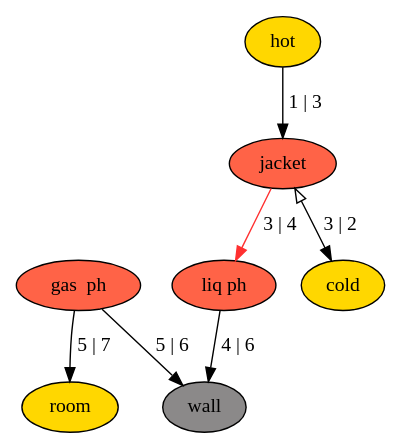
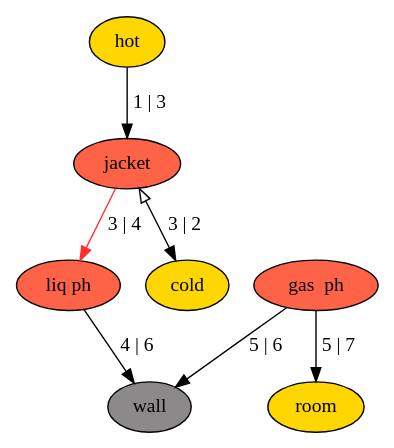
The diagram in OntoSim/GraphIndexTest/DOT/test.dot (ATElve/OntoSim), drawn with Graphviz before and after one commit. The commit also changed 6 other files, not shown here.

```diff
--- a/OntoSim/GraphIndexTest/DOT/test.dot
+++ b/OntoSim/GraphIndexTest/DOT/test.dot
@@ -1,21 +1,21 @@
 ###############################################################################
 #	 Purpose: Dot graph for equation tree                                       #
 #	 Author:  Arne Tobias Elve                                                  #
-#	 When:    2017-08-07 17:42:05                                               #
+#	 When:    2017-08-08 17:09:01                                               #
 #	 Why:     Output to dot language                                            #
 ###############################################################################
 digraph G {
+5 [style = filled, label = "wall" fillcolor = Snow4];
 6 [style = filled, label = "liq ph" fillcolor = Tomato];
+4 [style = filled, label = "gas  ph" fillcolor = Tomato];
+7 [style = filled, label = "cold" fillcolor = Gold1];
+9 [style = filled, label = "hot" fillcolor = Gold1];
 8 [style = filled, label = "jacket" fillcolor = Tomato];
-9 [style = filled, label = "hot" fillcolor = Gold1];
 1 [style = filled, label = "room" fillcolor = Gold1];
-7 [style = filled, label = "cold" fillcolor = Gold1];
-4 [style = filled, label = "gas  ph" fillcolor = Tomato];
-5 [style = filled, label = "wall" fillcolor = Snow4];
+6 -> 5 [label = "4 | 6", arrowhead = normal, color = Black];
+8 -> 7 [label = "3 | 2", arrowtail = onormal, dir = both, color = Black];
+8 -> 6 [label = "3 | 4", arrowhead = normal, color = Firebrick1];
+4 -> 1 [label = "5 | 7", arrowhead = normal, color = Black];
+9 -> 8 [label = "1 | 3", arrowhead = normal, color = Black];
 4 -> 5 [label = "5 | 6", arrowhead = normal, color = Black];
-4 -> 1 [label = "5 | 7", arrowhead = normal, color = Black];
-8 -> 7 [label = "3 | 2", arrowtail = onormal, dir = both, color = Black];
-9 -> 8 [label = "1 | 3", arrowhead = normal, color = Black];
-8 -> 6 [label = "3 | 4", arrowhead = normal, color = Firebrick1];
-6 -> 5 [label = "4 | 6", arrowhead = normal, color = Black];
 }
```
